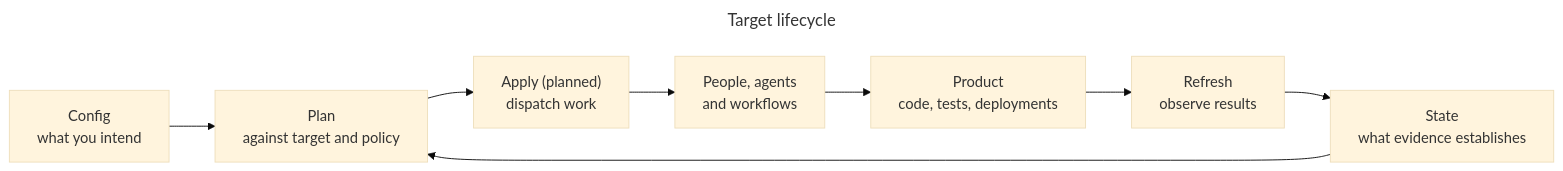
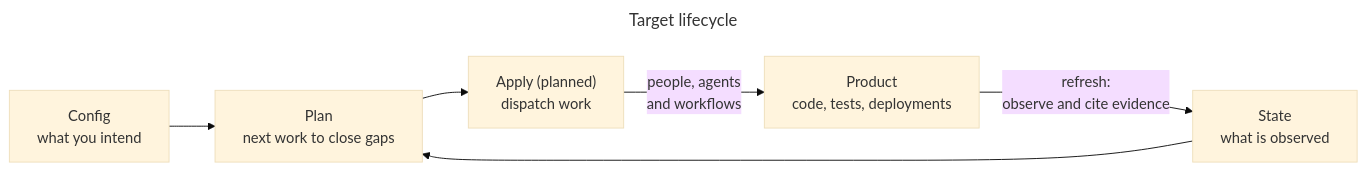
The diagram in README.md (whiteredhouse/exacly), drawn with Mermaid (base theme) before and after one commit.

Commit message:
docs: simplify README lifecycle diagram to five nodes

````diff
--- a/README.md
+++ b/README.md
@@ -5,13 +5,11 @@
 ```mermaid
 ---
 title: Target lifecycle
 ---
 flowchart LR
-    config["Config<br/>what you intend"] --> plan["Plan<br/>against target and policy"]
-    state["State<br/>what evidence establishes"] --> plan
+    config["Config<br/>what you intend"] --> plan["Plan<br/>next work to close gaps"]
+    state["State<br/>what is observed"] --> plan
     plan --> apply["Apply (planned)<br/>dispatch work"]
-    apply --> executors["People, agents<br/>and workflows"]
-    executors --> product["Product<br/>code, tests, deployments"]
-    product --> refresh["Refresh<br/>observe results"]
-    refresh --> state
+    apply -- "people, agents<br/>and workflows" --> product["Product<br/>code, tests, deployments"]
+    product -- "refresh:<br/>observe and cite evidence" --> state
 ```
````
